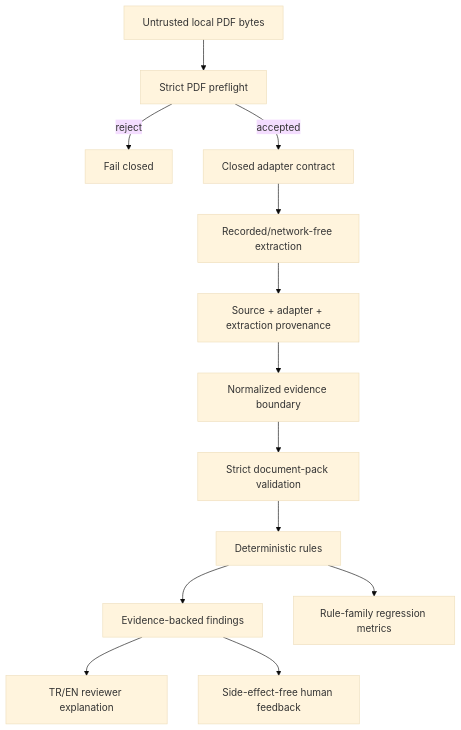
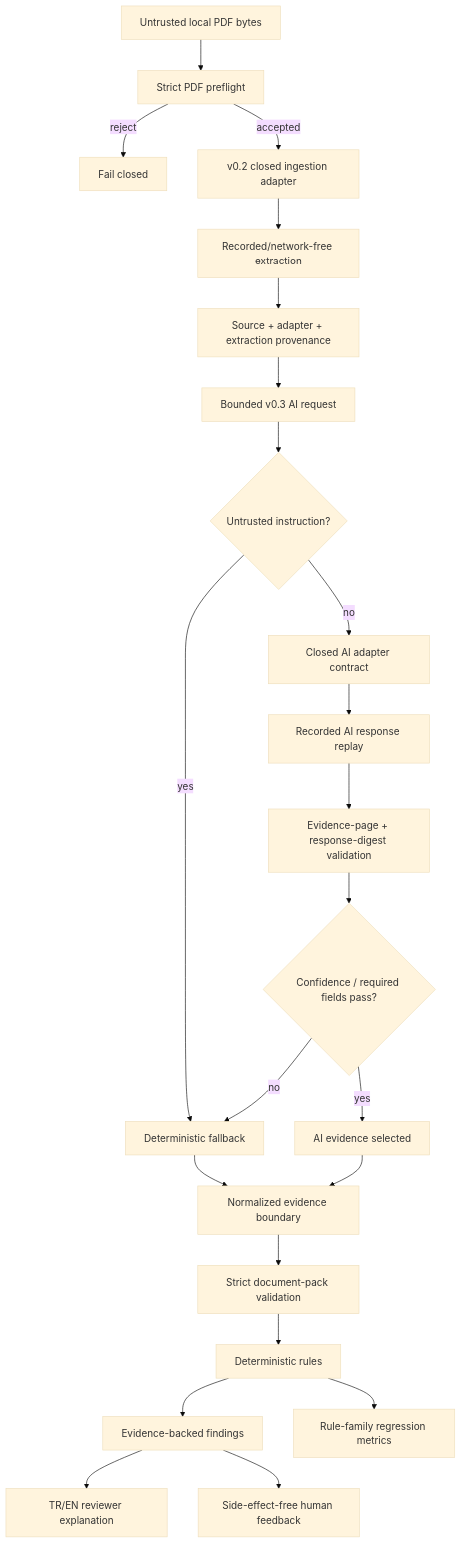
One commit to bilgekayali/structurax changed the diagram in docs/ARCHITECTURE.md. Above: the diagram before and after it, drawn with Mermaid (base theme). The commit also changed other lines of this file and 27 other files, not shown here.

````diff
--- a/docs/ARCHITECTURE.md
+++ b/docs/ARCHITECTURE.md
@@ -9,15 +9,25 @@
 ```mermaid
 flowchart TD
     A["Untrusted local PDF bytes"] --> P["Strict PDF preflight"]
     P -->|reject| Q["Fail closed"]
-    P -->|accepted| I["Closed adapter contract"]
+    P -->|accepted| I["v0.2 closed ingestion adapter"]
     I --> R["Recorded/network-free extraction"]
     R --> V["Source + adapter + extraction provenance"]
-    V --> N["Normalized evidence boundary"]
+    V --> A3["Bounded v0.3 AI request"]
+    A3 --> J{"Untrusted instruction?"}
+    J -->|yes| DF["Deterministic fallback"]
+    J -->|no| AR["Closed AI adapter contract"]
+    AR --> RR["Recorded AI response replay"]
+    RR --> EV["Evidence-page + response-digest validation"]
+    EV --> C{"Confidence / required fields pass?"}
+    C -->|no| DF
+    C -->|yes| AS["AI evidence selected"]
+    DF --> N["Normalized evidence boundary"]
+    AS --> N
     N --> B["Strict document-pack validation"]
-    B --> C["Deterministic rules"]
-    C --> F["Evidence-backed findings"]
+    B --> D["Deterministic rules"]
+    D --> F["Evidence-backed findings"]
     F --> X["TR/EN reviewer explanation"]
     F --> H["Side-effect-free human feedback"]
-    C --> M["Rule-family regression metrics"]
+    D --> M["Rule-family regression metrics"]
 ```
````
